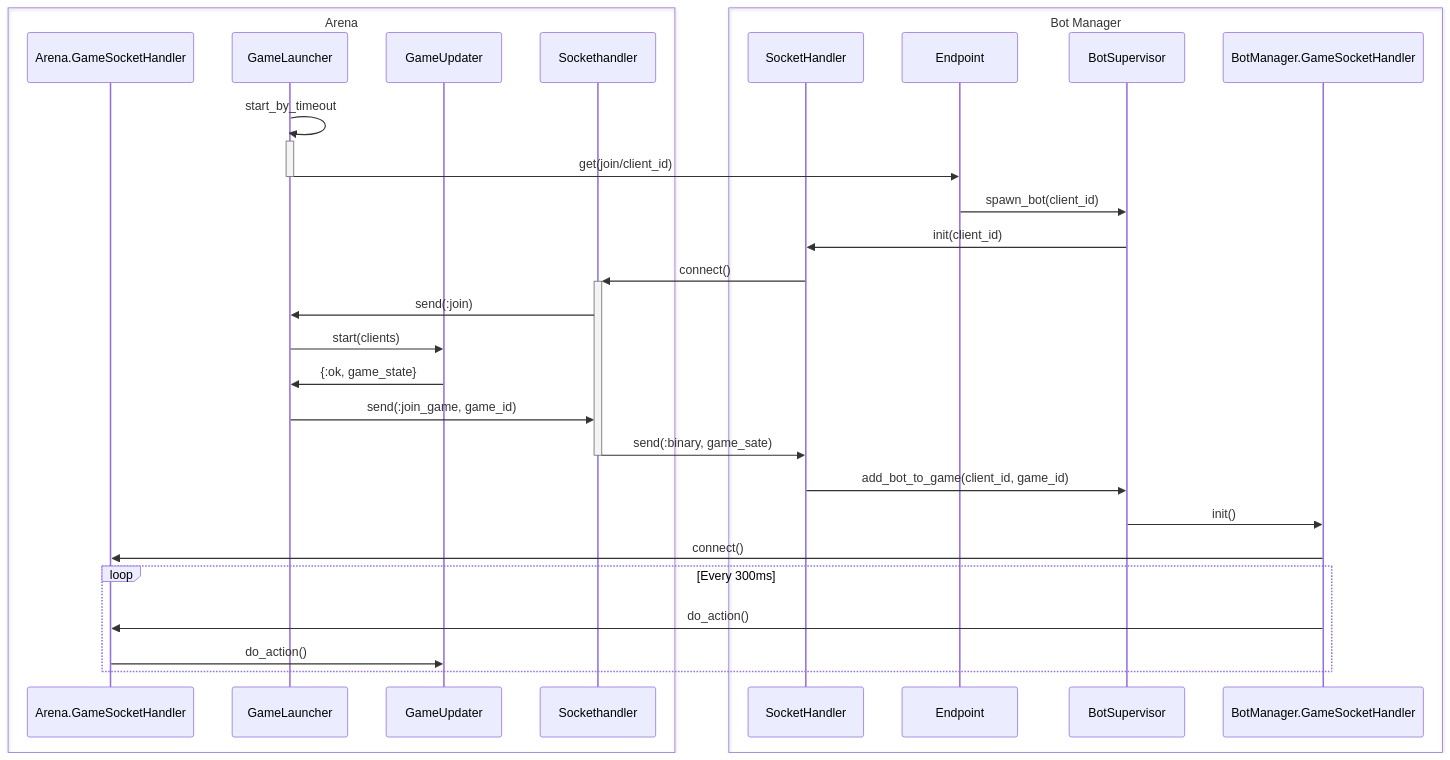
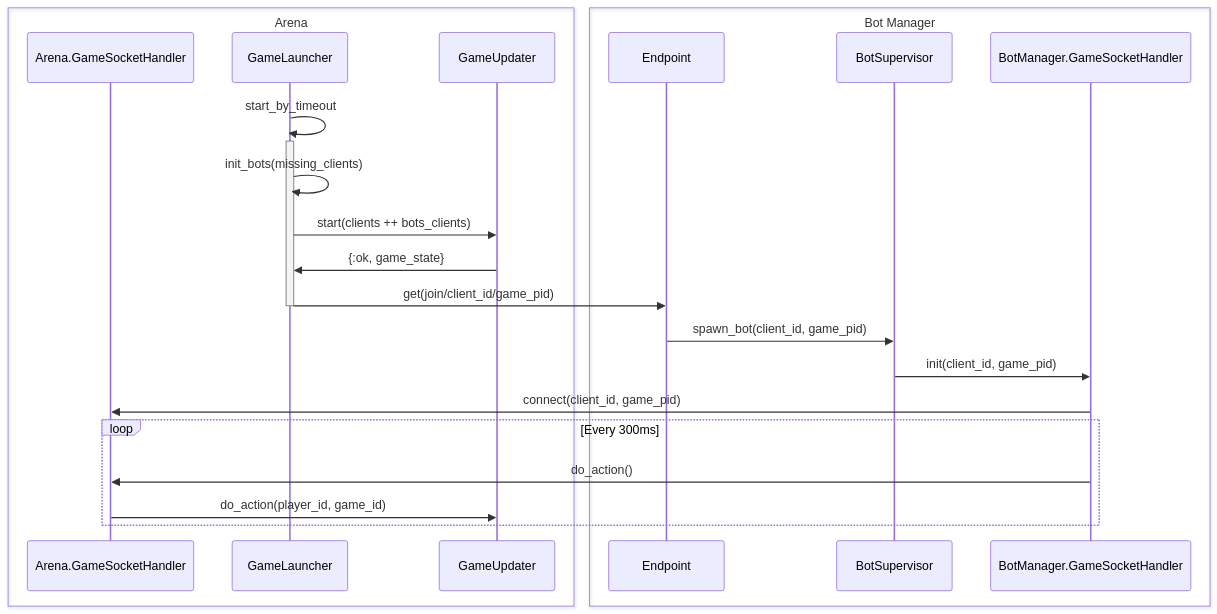
One commit to lambdaclass/mirra_backend changed the diagram in apps/bot_manager/README.md. Above: the diagram before and after it, drawn with Mermaid. The commit also changed other lines of this file, not shown here.

Commit message:
Update readme to new implementation

````diff
--- a/apps/bot_manager/README.md
+++ b/apps/bot_manager/README.md
@@ -12,39 +12,28 @@
 ```mermaid
 sequenceDiagram
 
     box  Arena
     participant Arena.GameSocketHandler
     participant GameLauncher
     participant GameUpdater
-    participant Sockethandler
     end
     box  Bot Manager
-    participant SocketHandler
     participant Endpoint
     participant BotSupervisor
     participant BotManager.GameSocketHandler
     end
 
     GameLauncher->>+GameLauncher:start_by_timeout
-    GameLauncher->>-Endpoint:get(join/client_id)
-    Endpoint->>BotSupervisor:spawn_bot(client_id)
-    BotSupervisor->>SocketHandler:init(client_id)
-    SocketHandler->>+Sockethandler:connect()
-    Sockethandler->>GameLauncher: send(:join)
-    GameLauncher->>GameUpdater:start(clients) 
+    GameLauncher->>GameLauncher:init_bots(missing_clients)
+    GameLauncher->>GameUpdater:start(clients ++ bots_clients) 
     GameUpdater->>GameLauncher:{:ok, game_state} 
-    GameLauncher->>Sockethandler: send(:join_game, game_id)
-    Sockethandler->>-SocketHandler:send(:binary, game_sate)
-    SocketHandler->>BotSupervisor:add_bot_to_game(client_id, game_id)
-    BotSupervisor->>BotManager.GameSocketHandler:init()
-    BotManager.GameSocketHandler->>Arena.GameSocketHandler:connect()
-
-
+    GameLauncher->>-Endpoint:get(join/client_id/game_pid)
+    Endpoint->>BotSupervisor:spawn_bot(client_id, game_pid)
+    BotSupervisor->>BotManager.GameSocketHandler:init(client_id, game_pid)
+    BotManager.GameSocketHandler->>Arena.GameSocketHandler:connect(client_id, game_pid)
+    
     loop Every 300ms
         BotManager.GameSocketHandler->>Arena.GameSocketHandler: do_action()
-        Arena.GameSocketHandler->>GameUpdater:do_action()
+        Arena.GameSocketHandler->>GameUpdater:do_action(player_id, game_id)
     end
-    
-
-
 ```
````
